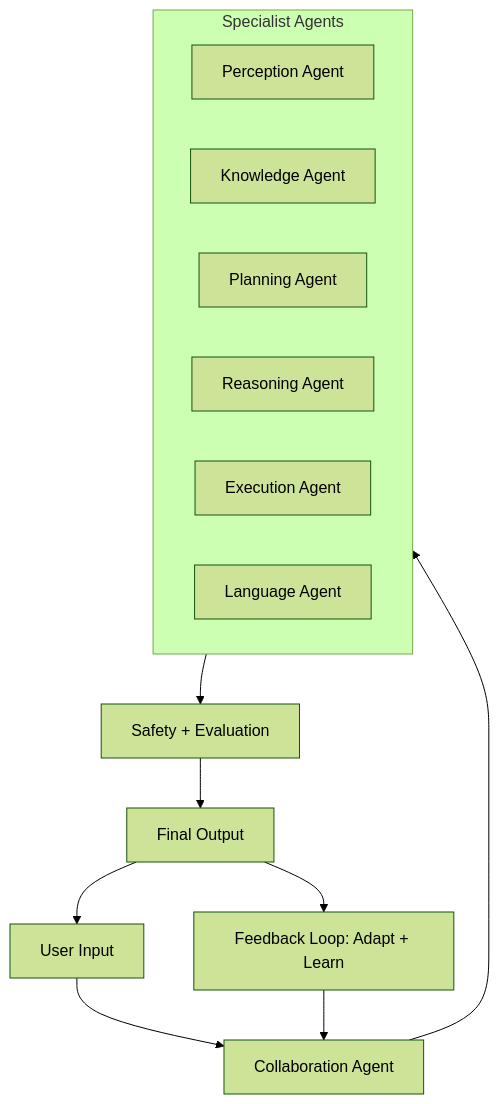
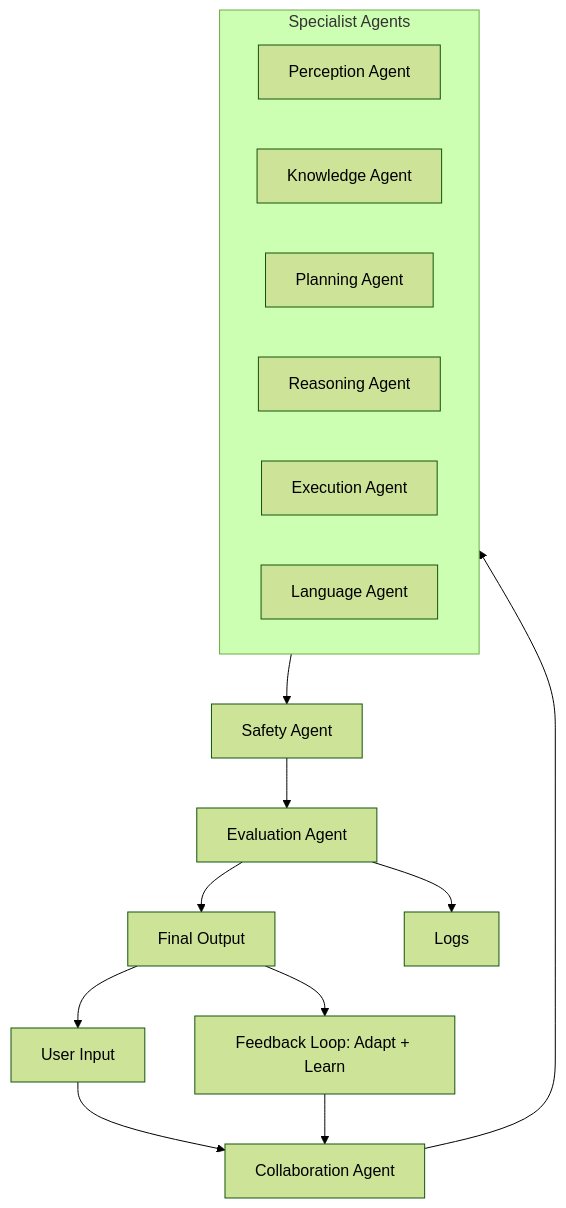
The diagram in README.md (The-Outsider-97/SLAI), drawn with Mermaid (forest theme) before and after one commit. The commit also changed other lines of this file, not shown here.

````diff
--- a/README.md
+++ b/README.md
@@ -24,19 +24,21 @@
 ```mermaid
 graph TD
     A[User Input] --> B[Collaboration Agent]
     B --> C[Specialist Agents]
-    C --> D[Safety + Evaluation]
-    D --> E[Final Output]
-    E --> F[Feedback Loop: Adapt + Learn]
-    F --> B
-    E --> A[User Input]
+    C --> D[Safety Agent]
+    D --> E[Evaluation Agent]
+    E --> F[Final Output]
+    E --> H[Logs]
+    F --> G[Feedback Loop: Adapt + Learn]
+    G --> B
+    F --> A[User Input]
 
     subgraph C [Specialist Agents]
         C1[Perception Agent]
         C2[Knowledge Agent]
         C3[Planning Agent]
         C4[Reasoning Agent]
         C5[Execution Agent]
         C6[Language Agent]
     end
 ```
````
